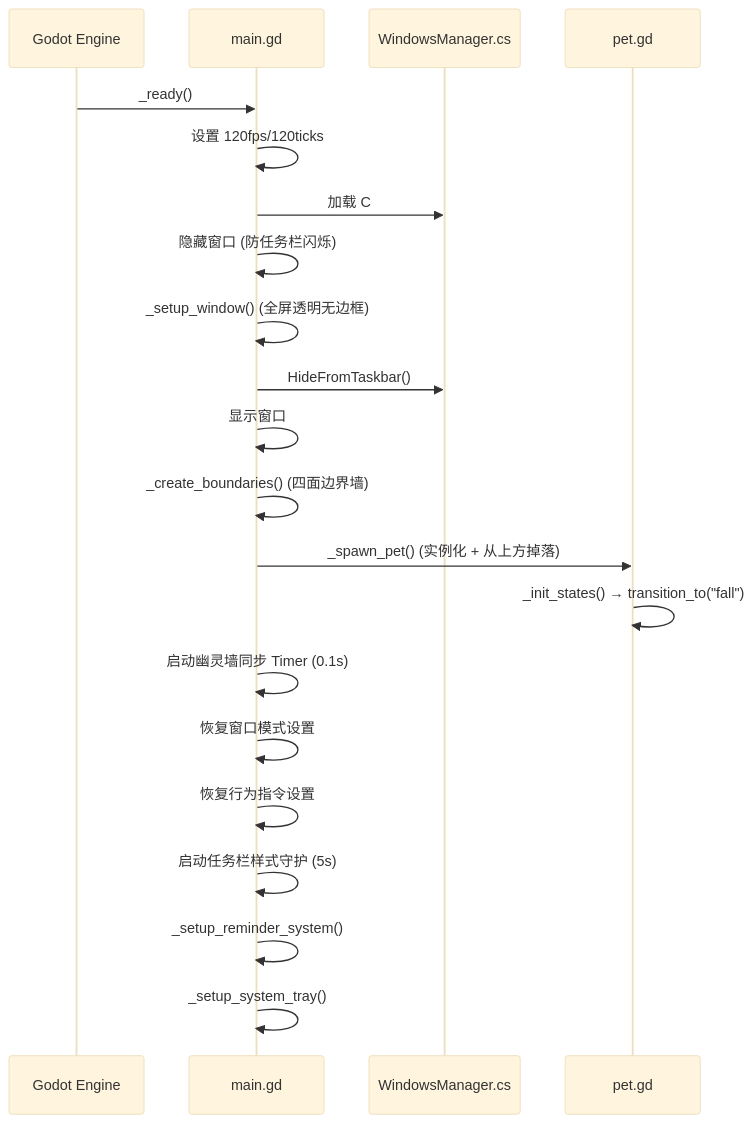
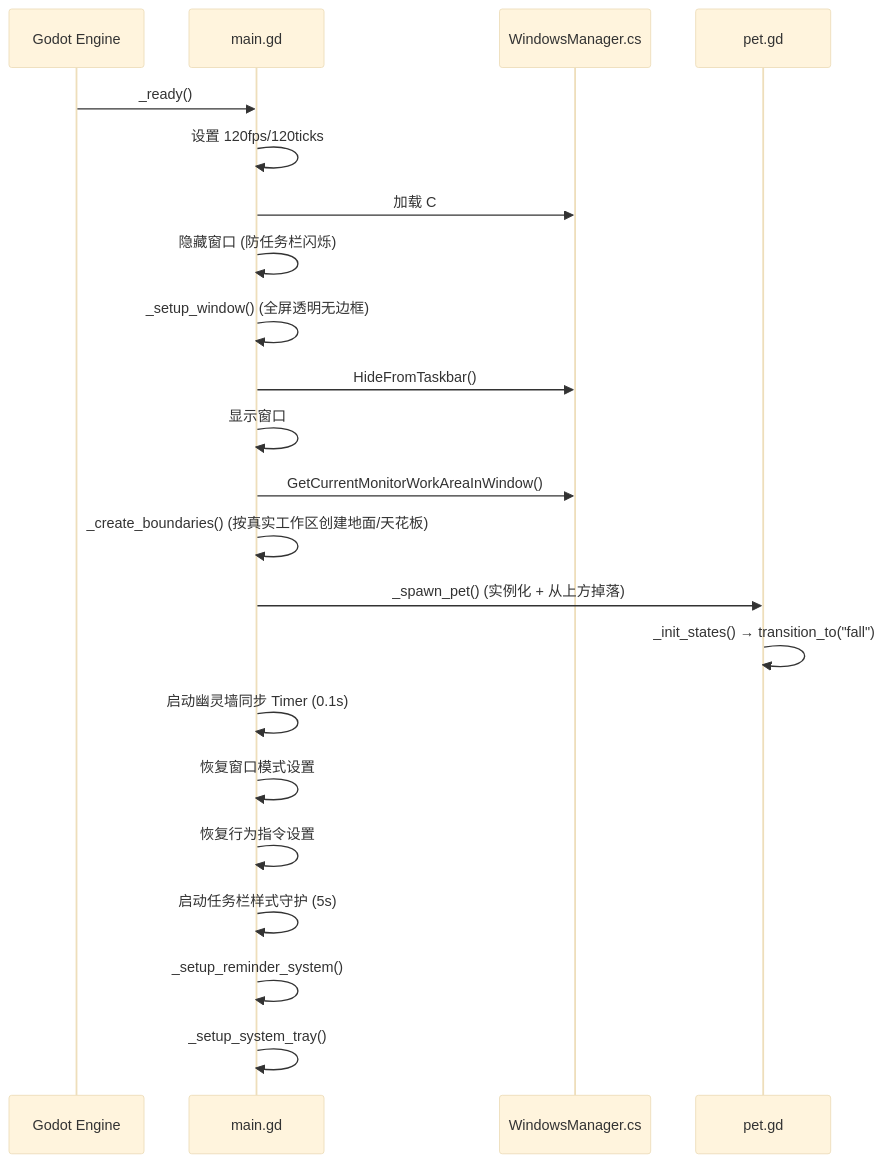
Before and after one commit to NightMin2002/GodotDesktopPet: the second of 3 diagrams in docs/01_项目架构.md, drawn with Mermaid (base theme). The commit also changed other lines of this file and 6 other files, not shown here.

````diff
--- a/docs/01_项目架构.md
+++ b/docs/01_项目架构.md
@@ -525,24 +525,25 @@
 ```mermaid
 sequenceDiagram
     participant G as Godot Engine
     participant M as main.gd
     participant W as WindowsManager.cs
     participant P as pet.gd
 
     G->>M: _ready()
     M->>M: 设置 120fps/120ticks
     M->>W: 加载 C# 桥接 + BoostProcessPriority()
     M->>M: 隐藏窗口 (防任务栏闪烁)
     M->>M: _setup_window() (全屏透明无边框)
     M->>W: HideFromTaskbar()
     M->>M: 显示窗口
-    M->>M: _create_boundaries() (四面边界墙)
+    M->>W: GetCurrentMonitorWorkAreaInWindow()
+    M->>M: _create_boundaries() (按真实工作区创建地面/天花板)
     M->>P: _spawn_pet() (实例化 + 从上方掉落)
     P->>P: _init_states() → transition_to("fall")
     M->>M: 启动幽灵墙同步 Timer (0.1s)
     M->>M: 恢复窗口模式设置
     M->>M: 恢复行为指令设置
     M->>M: 启动任务栏样式守护 (5s)
     M->>M: _setup_reminder_system()
     M->>M: _setup_system_tray()
 ```
````
